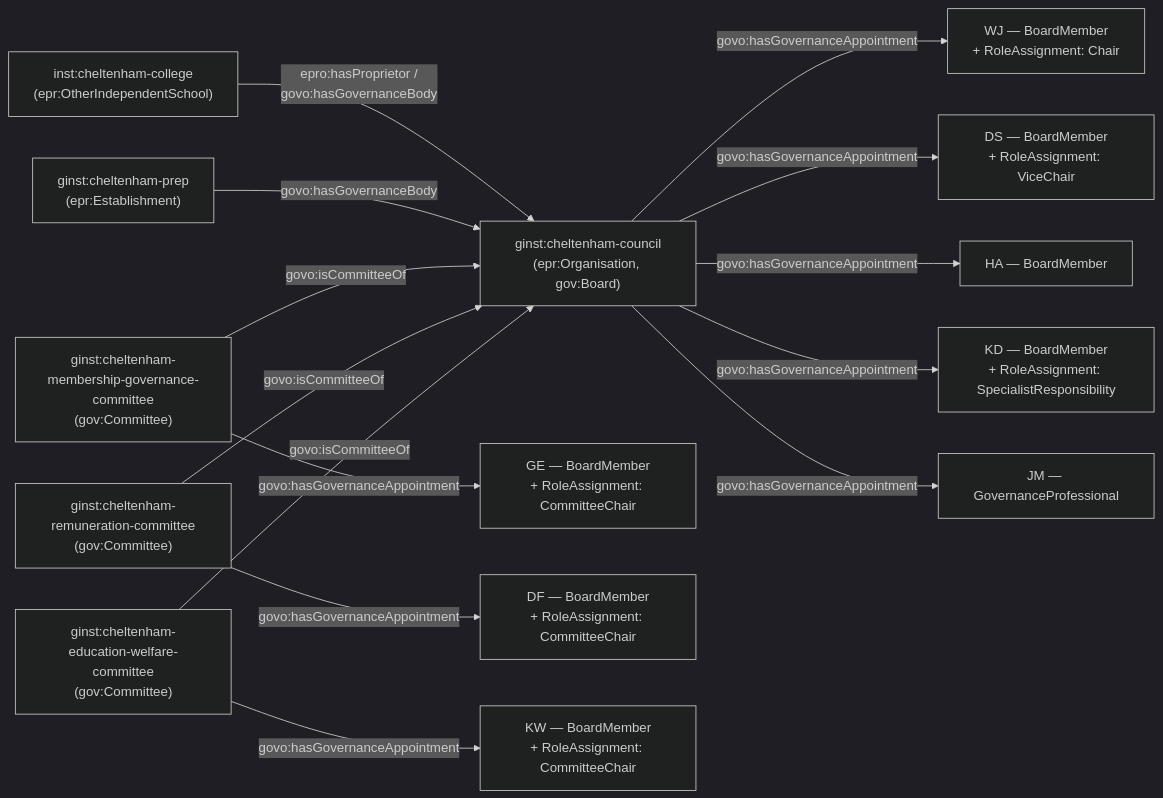
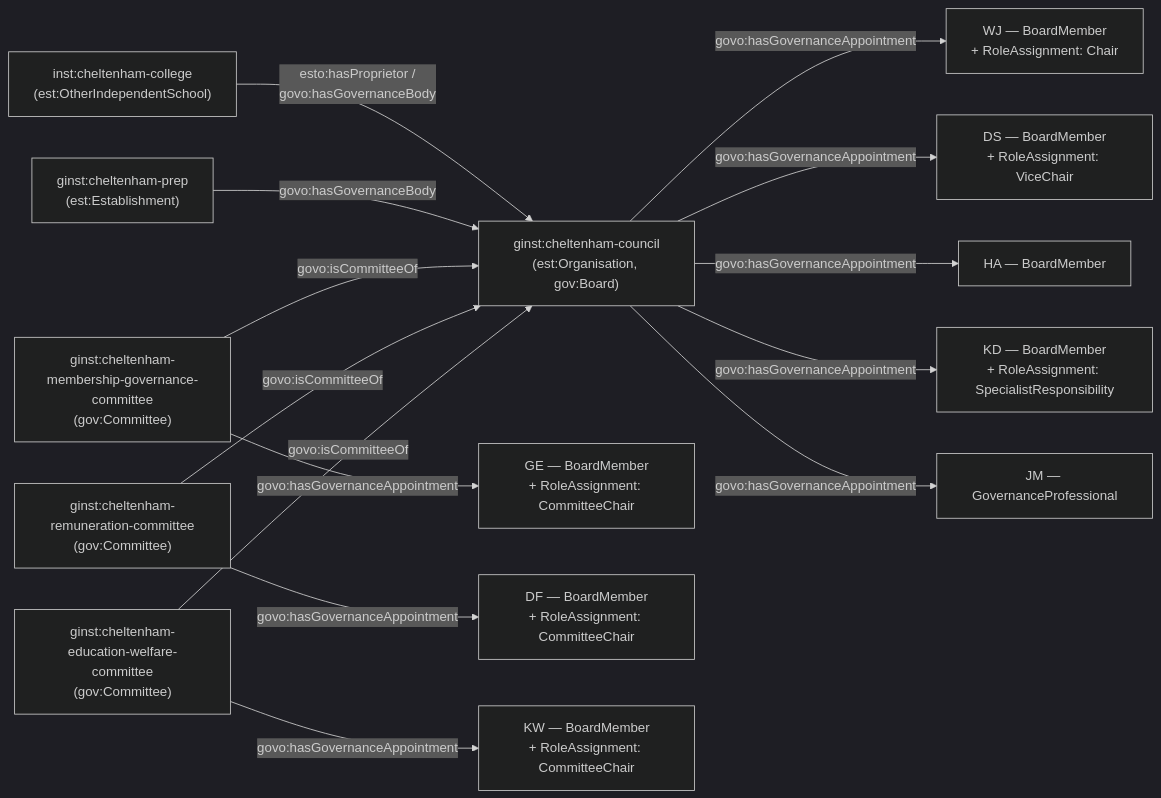
One commit to DFE-Digital/education-provider-registry-docs changed the second of 2 diagrams in docs-site/content/models/governance/worked-examples/cheltenham-college/index.md. Above: the diagram before and after it, drawn with Mermaid (dark theme). The commit also changed other lines of this file and 42 other files, not shown here.

````diff
--- a/docs-site/content/models/governance/worked-examples/cheltenham-college/index.md
+++ b/docs-site/content/models/governance/worked-examples/cheltenham-college/index.md
@@ -78,25 +78,25 @@
 ```mermaid
 flowchart LR
-    C["inst:cheltenham-college<br/>(epr:OtherIndependentSchool)"]
-    PREP["ginst:cheltenham-prep<br/>(epr:Establishment)"]
-    COU["ginst:cheltenham-council<br/>(epr:Organisation, gov:Board)"]
+    C["inst:cheltenham-college<br/>(est:OtherIndependentSchool)"]
+    PREP["ginst:cheltenham-prep<br/>(est:Establishment)"]
+    COU["ginst:cheltenham-council<br/>(est:Organisation, gov:Board)"]
 
-    C -->|"epro:hasProprietor /<br/>govo:hasGovernanceBody"| COU
+    C -->|"esto:hasProprietor /<br/>govo:hasGovernanceBody"| COU
     PREP -->|govo:hasGovernanceBody| COU
 
     COU -->|govo:hasGovernanceAppointment| M1["WJ — BoardMember<br/>+ RoleAssignment: Chair"]
     COU -->|govo:hasGovernanceAppointment| M2["DS — BoardMember<br/>+ RoleAssignment: ViceChair"]
     COU -->|govo:hasGovernanceAppointment| M3["HA — BoardMember"]
     COU -->|govo:hasGovernanceAppointment| M4["KD — BoardMember<br/>+ RoleAssignment: SpecialistResponsibility"]
     COU -->|govo:hasGovernanceAppointment| M5["JM — GovernanceProfessional"]
 
     MGC["ginst:cheltenham-membership-governance-committee<br/>(gov:Committee)"]
     REM["ginst:cheltenham-remuneration-committee<br/>(gov:Committee)"]
     EWC["ginst:cheltenham-education-welfare-committee<br/>(gov:Committee)"]
     MGC -->|govo:isCommitteeOf| COU
     REM -->|govo:isCommitteeOf| COU
     EWC -->|govo:isCommitteeOf| COU
     MGC -->|govo:hasGovernanceAppointment| C1["GE — BoardMember<br/>+ RoleAssignment: CommitteeChair"]
     REM -->|govo:hasGovernanceAppointment| C2["DF — BoardMember<br/>+ RoleAssignment: CommitteeChair"]
     EWC -->|govo:hasGovernanceAppointment| C3["KW — BoardMember<br/>+ RoleAssignment: CommitteeChair"]
 ```
````
